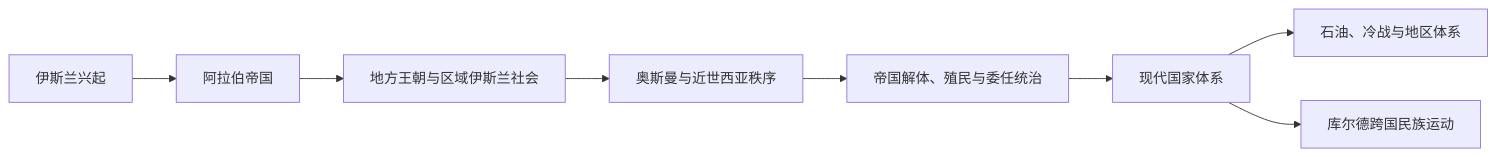
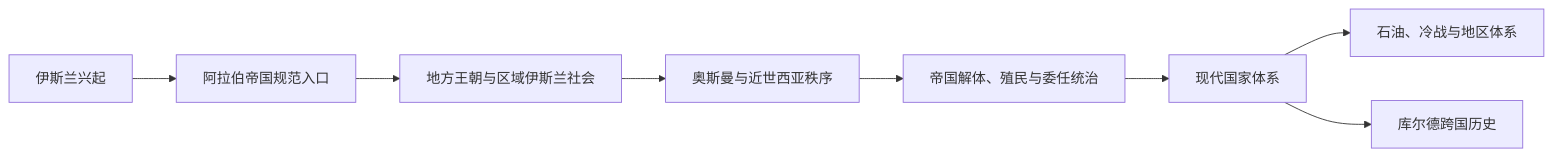
One commit to tianlan-dev/learning-notes changed the diagram in 人文科学/历史/西亚/_通史/README.md. Above: the diagram before and after it, drawn with Mermaid. The commit also changed other lines of this file and 159 other files, not shown here.

````diff
--- a/人文科学/历史/西亚/_通史/README.md
+++ b/人文科学/历史/西亚/_通史/README.md
@@ -13,10 +20,10 @@
 ```mermaid
 flowchart LR
-    Islam["伊斯兰兴起"] --> Caliphate["阿拉伯帝国"]
+    Islam["伊斯兰兴起"] --> Caliphate["阿拉伯帝国规范入口"]
     Caliphate --> Regional["地方王朝与区域伊斯兰社会"]
     Regional --> Ottoman["奥斯曼与近世西亚秩序"]
     Ottoman --> Mandates["帝国解体、殖民与委任统治"]
     Mandates --> States["现代国家体系"]
     States --> Oil["石油、冷战与地区体系"]
-    States --> Kurdish["库尔德跨国民族运动"]
+    States --> Kurdish["库尔德跨国历史"]
 ```
````
